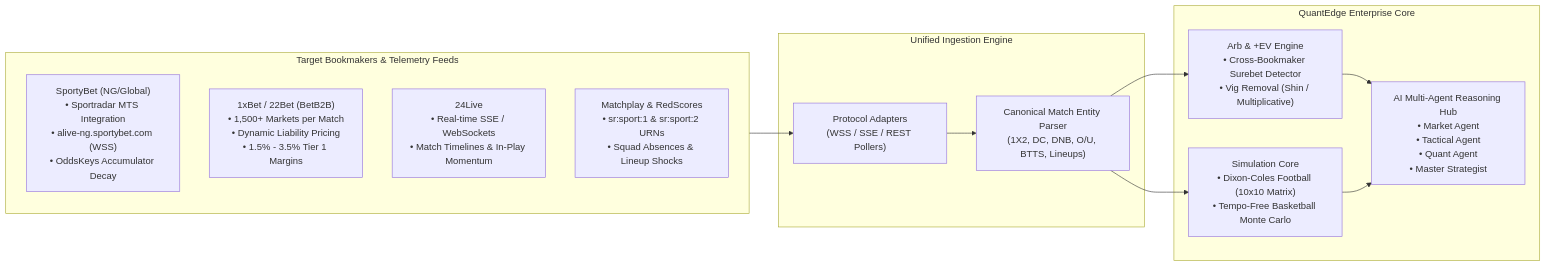
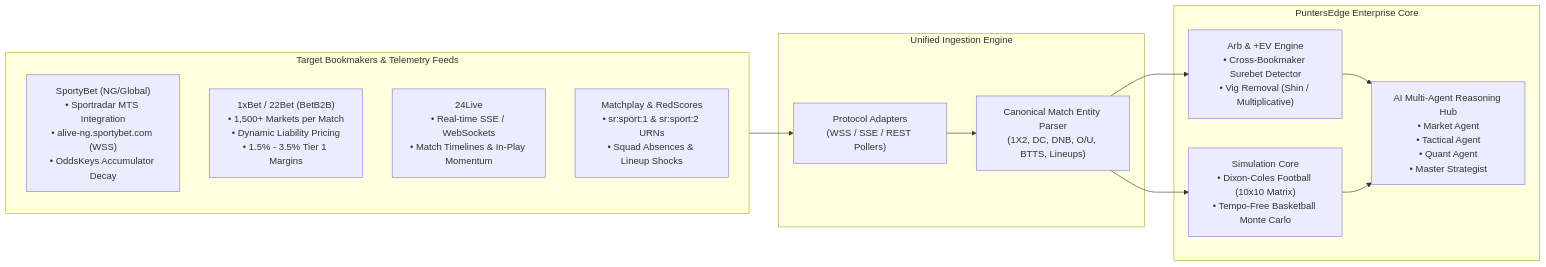
One commit to Omaledanjumaogale/PuntersEdge changed the first of 2 diagrams in docs/odds_and_performance_analytics_engine_architecture.md. Above: the diagram before and after it, drawn with Mermaid. The commit also changed other lines of this file and 28 other files, not shown here.

First line of the commit message:
chore: rename the app to PuntersEdge

````diff
--- a/docs/odds_and_performance_analytics_engine_architecture.md
+++ b/docs/odds_and_performance_analytics_engine_architecture.md
@@ -18,27 +18,27 @@
 ```mermaid
 flowchart LR
     subgraph TargetBookies ["Target Bookmakers & Telemetry Feeds"]
         SB["SportyBet (NG/Global)<br/>• Sportradar MTS Integration<br/>• alive-ng.sportybet.com (WSS)<br/>• OddsKeys Accumulator Decay"]
         XB["1xBet / 22Bet (BetB2B)<br/>• 1,500+ Markets per Match<br/>• Dynamic Liability Pricing<br/>• 1.5% - 3.5% Tier 1 Margins"]
         LIVE["24Live<br/>• Real-time SSE / WebSockets<br/>• Match Timelines & In-Play Momentum"]
         MP["Matchplay & RedScores<br/>• sr:sport:1 & sr:sport:2 URNs<br/>• Squad Absences & Lineup Shocks"]
     end
 
     subgraph DataNormalization ["Unified Ingestion Engine"]
         ADAPTER["Protocol Adapters<br/>(WSS / SSE / REST Pollers)"]
         PARSER["Canonical Match Entity Parser<br/>(1X2, DC, DNB, O/U, BTTS, Lineups)"]
     end
 
-    subgraph CorePlatform ["QuantEdge Enterprise Core"]
+    subgraph CorePlatform ["PuntersEdge Enterprise Core"]
         ARB["Arb & +EV Engine<br/>• Cross-Bookmaker Surebet Detector<br/>• Vig Removal (Shin / Multiplicative)"]
         MATH["Simulation Core<br/>• Dixon-Coles Football (10x10 Matrix)<br/>• Tempo-Free Basketball Monte Carlo"]
         AGENTS["AI Multi-Agent Reasoning Hub<br/>• Market Agent<br/>• Tactical Agent<br/>• Quant Agent<br/>• Master Strategist"]
     end
 
     TargetBookies --> ADAPTER
     ADAPTER --> PARSER
     PARSER --> ARB
     PARSER --> MATH
     ARB --> AGENTS
     MATH --> AGENTS
 ```
````
